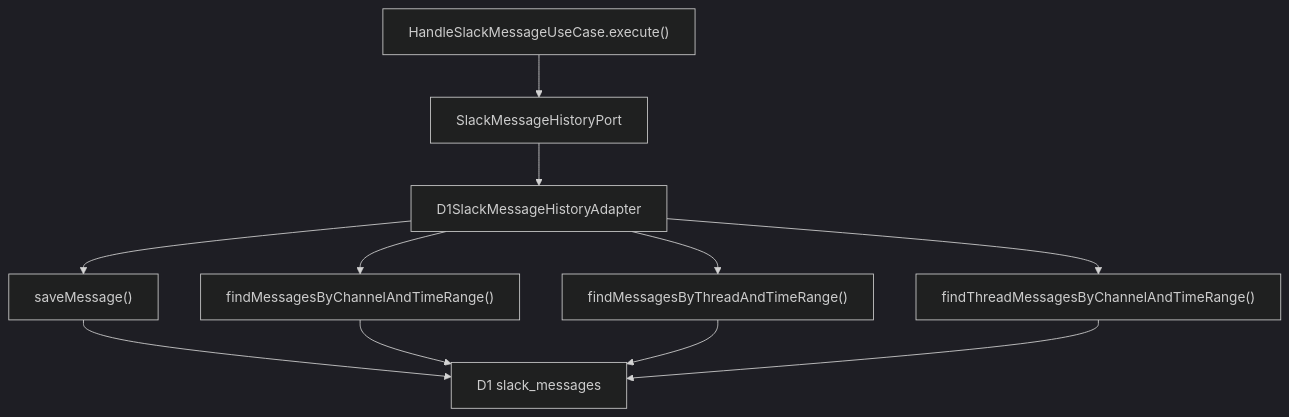
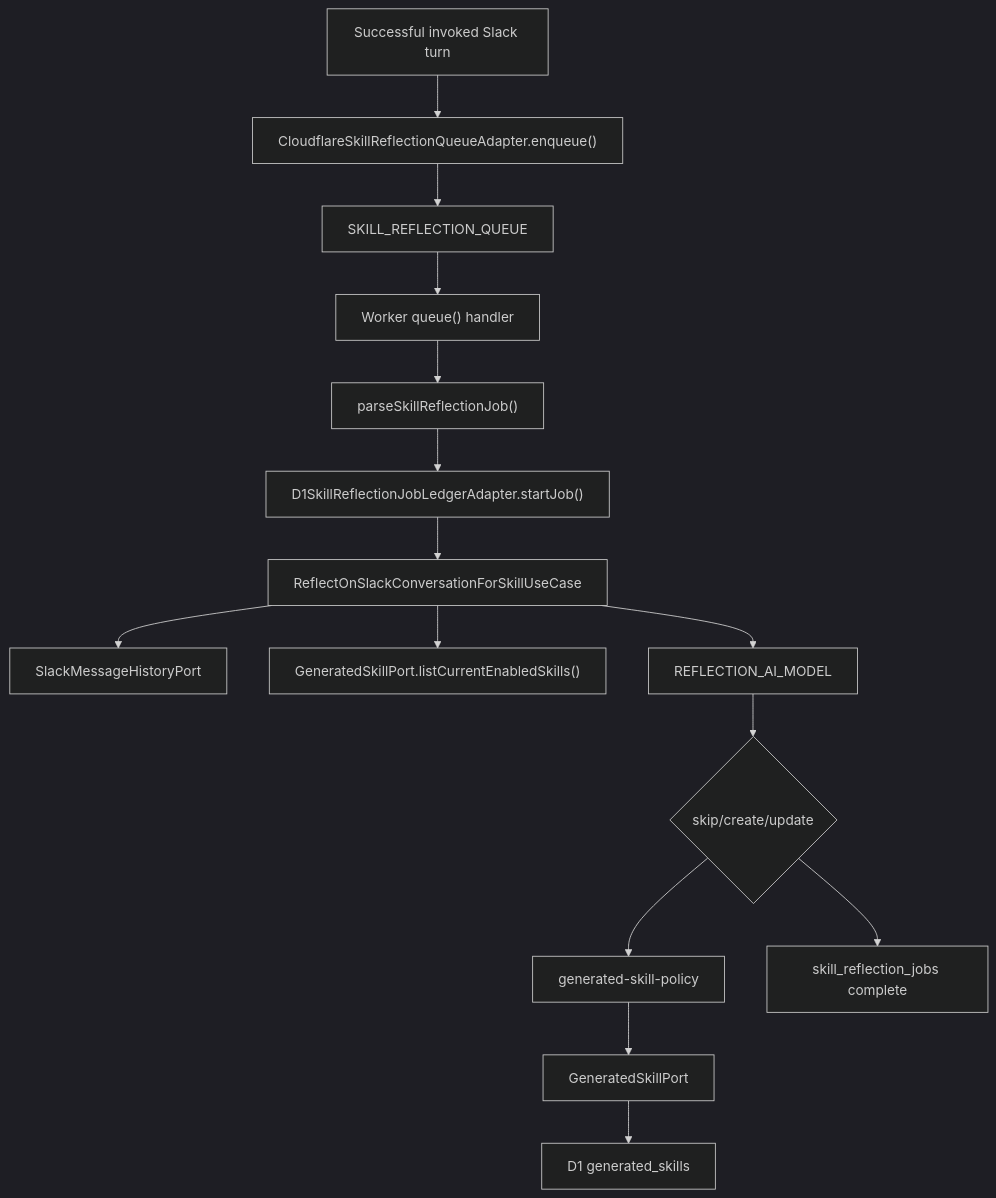
Before and after one commit to GorobVictor/slack-ai-agent-v3: the fifth of 5 diagrams in README.md, drawn with Mermaid (dark theme). The commit also changed other lines of this file and 1 other file, not shown here.

````diff
--- a/README.md
+++ b/README.md
@@ -174,13 +346,17 @@
 ```mermaid
 flowchart TD
-  workerUseCase["HandleSlackMessageUseCase.execute()"] --> port["SlackMessageHistoryPort"]
-  port --> d1Adapter["D1SlackMessageHistoryAdapter"]
-  d1Adapter --> save["saveMessage()"]
-  d1Adapter --> channel["findMessagesByChannelAndTimeRange()"]
-  d1Adapter --> thread["findMessagesByThreadAndTimeRange()"]
-  d1Adapter --> channelThreads["findThreadMessagesByChannelAndTimeRange()"]
-  save --> table["D1 slack_messages"]
-  channel --> table
-  thread --> table
-  channelThreads --> table
+  slackTurn["Successful invoked Slack turn"] --> enqueue["CloudflareSkillReflectionQueueAdapter.enqueue()"]
+  enqueue --> queue["SKILL_REFLECTION_QUEUE"]
+  queue --> consumer["Worker queue() handler"]
+  consumer --> parse["parseSkillReflectionJob()"]
+  parse --> ledgerStart["D1SkillReflectionJobLedgerAdapter.startJob()"]
+  ledgerStart --> reflection["ReflectOnSlackConversationForSkillUseCase"]
+  reflection --> history["SlackMessageHistoryPort"]
+  reflection --> currentSkills["GeneratedSkillPort.listCurrentEnabledSkills()"]
+  reflection --> model["REFLECTION_AI_MODEL"]
+  model --> decision{"skip/create/update"}
+  decision --> policy["generated-skill-policy"]
+  policy --> save["GeneratedSkillPort"]
+  save --> d1["D1 generated_skills"]
+  decision --> ledgerComplete["skill_reflection_jobs complete"]
 ```
````
